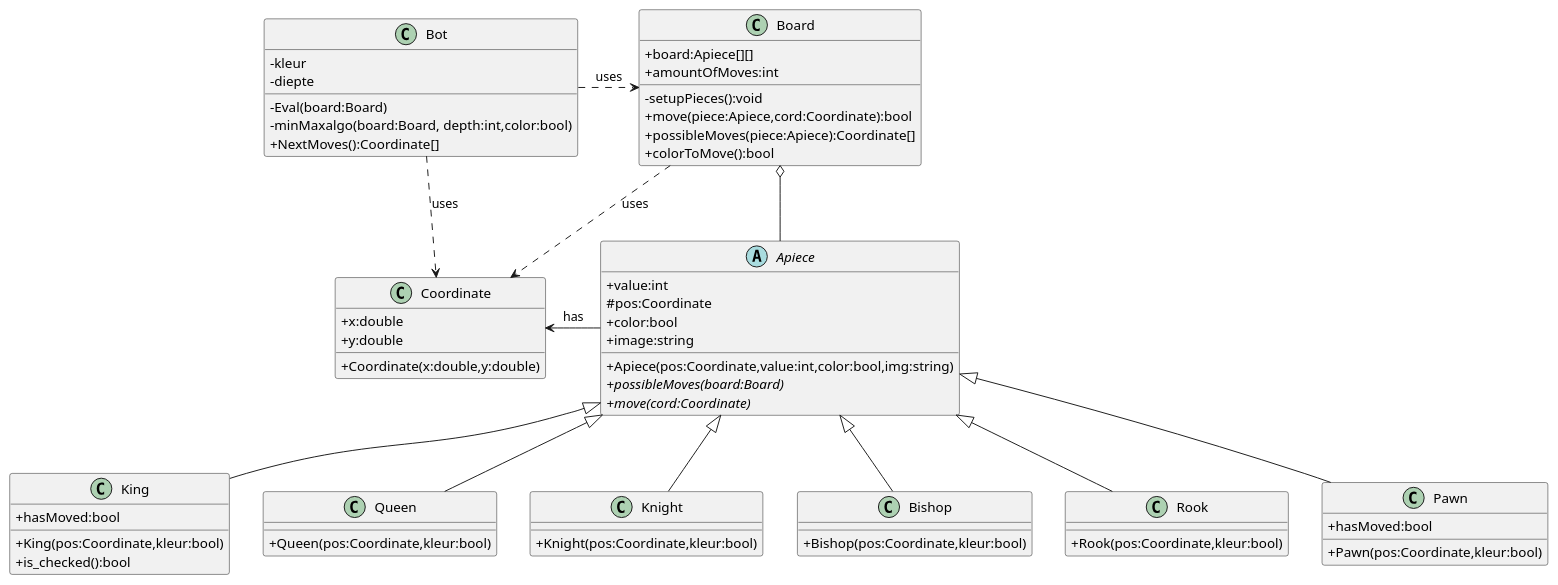
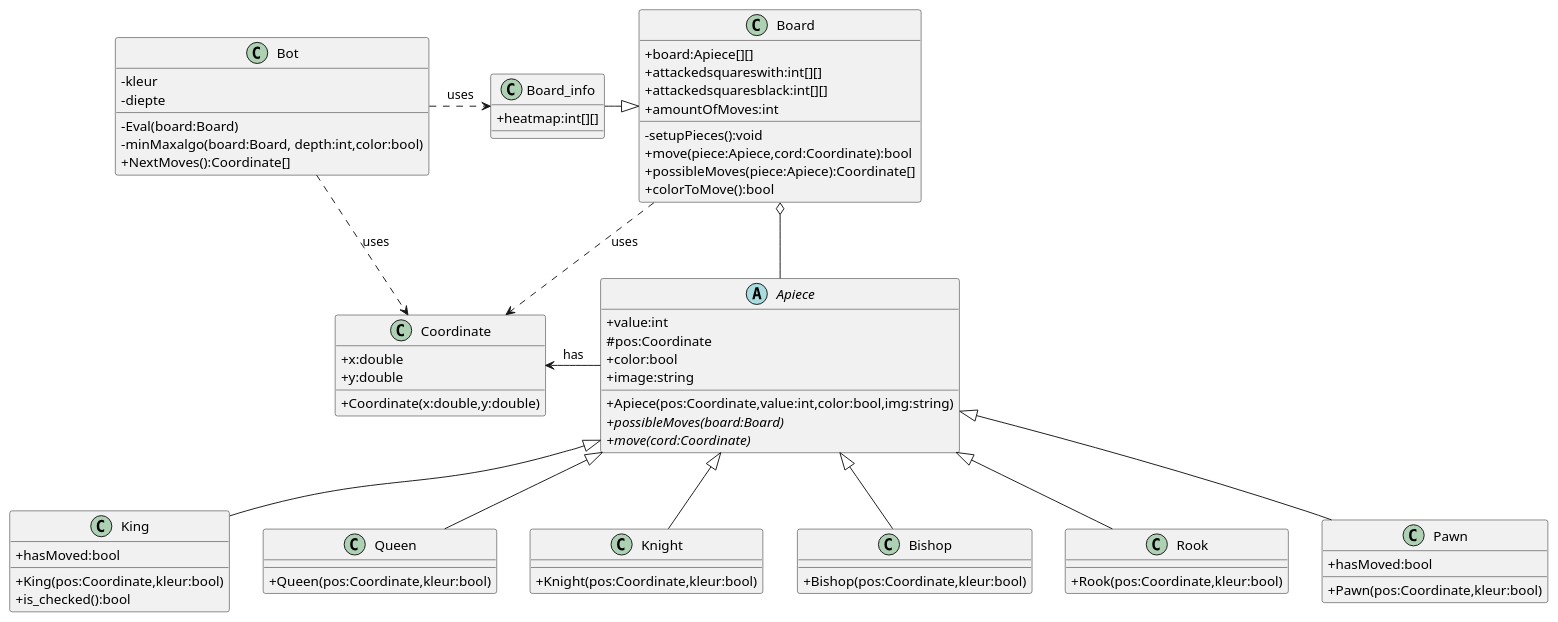
Before and after one commit to wiebe-vandendriessche/schaken: the diagram in puml_chess/Modelgame.puml, drawn with PlantUML. The commit also changed 5 other files, not shown here.

```diff
--- a/puml_chess/Modelgame.puml
+++ b/puml_chess/Modelgame.puml
@@ -1,69 +1,75 @@
 @startuml Model chessgame
 skinparam classAttributeIconSize 0
 class Board {
     +board:Apiece[][]
+    +attackedsquareswith:int[][]
+    +attackedsquaresblack:int[][]
     +amountOfMoves:int
     -setupPieces():void
     +move(piece:Apiece,cord:Coordinate):bool
     +possibleMoves(piece:Apiece):Coordinate[]
     +colorToMove():bool
 }
 abstract class Apiece {
-    + value:int
-    # pos:Coordinate
+    +value:int
+    #pos:Coordinate
     +color:bool
     +image:string 
-    + Apiece(pos:Coordinate,value:int,color:bool,img:string)
-    + possibleMoves(board:Board) {abstract}
-    + move(cord:Coordinate) {abstract}
+    +Apiece(pos:Coordinate,value:int,color:bool,img:string)
+    +possibleMoves(board:Board) {abstract}
+    +move(cord:Coordinate) {abstract}
+}
+class Board_info{
+    +heatmap:int[][]
 }
 
 class King{
     +King(pos:Coordinate,kleur:bool)
     +hasMoved:bool
     +is_checked():bool
 
 }
 class Queen{
     +Queen(pos:Coordinate,kleur:bool)
 }
 class Knight{
     +Knight(pos:Coordinate,kleur:bool)
 }
 class Bishop{
     +Bishop(pos:Coordinate,kleur:bool)
 }
 class Rook{
     +Rook(pos:Coordinate,kleur:bool)
 }
 class Pawn{
     
     +hasMoved:bool
     +Pawn(pos:Coordinate,kleur:bool)
 }
 class Coordinate{
     +x:double
     +y:double
     +Coordinate(x:double,y:double)
 }
 class Bot{
     -kleur
     -diepte
     -Eval(board:Board)
     -minMaxalgo(board:Board, depth:int,color:bool)
     +NextMoves():Coordinate[]
 }
 Apiece <|--King
 Apiece <|--Queen
 Apiece <|--Bishop
 Apiece <|--Knight
 Apiece <|-- Rook
 Apiece <|--Pawn
 Board o-- Apiece
+Board <|-left- Board_info
 Apiece -left->Coordinate:has 
 Board ..> Coordinate:uses
-Bot .right.>Board:uses
+Bot .right.>Board_info:uses
 Bot ..> Coordinate:uses
 
 
 @enduml
```
